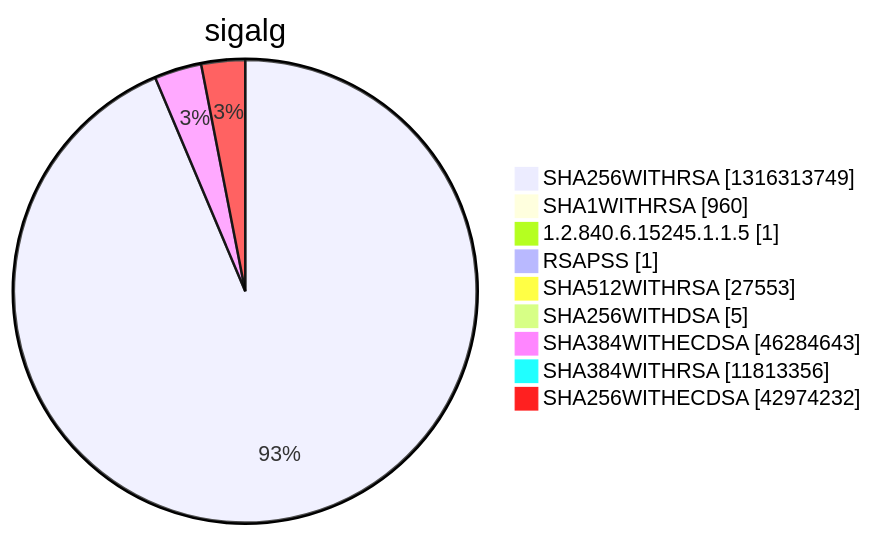
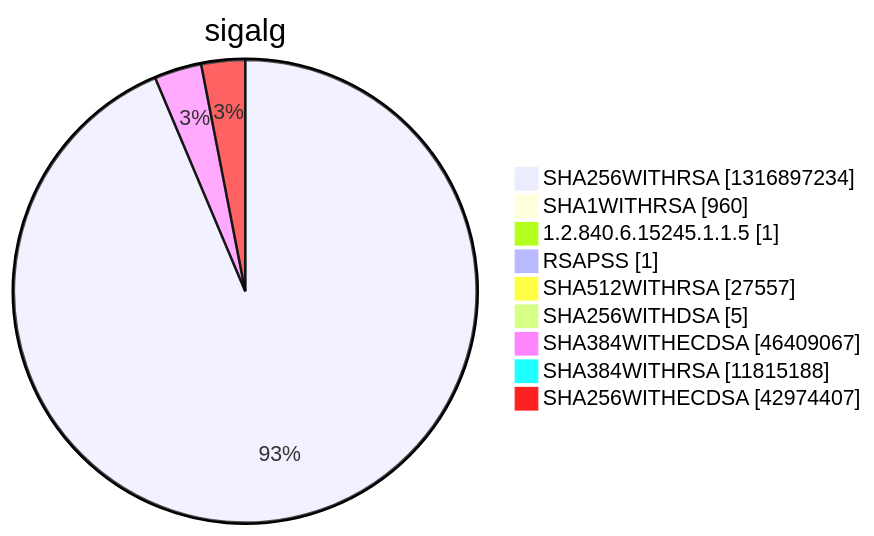
Before and after one commit to christiankrug/ctmonitor_visualization: diagram 15 of 15 in argon2022/README.md, drawn with Mermaid. The commit also changed other lines of this file, not shown here.

````diff
--- a/argon2022/README.md
+++ b/argon2022/README.md
@@ -5524,13 +5524,13 @@
 ```mermaid
 pie showData
 title sigalg
-"SHA256WITHRSA" :1316313749
+"SHA256WITHRSA" :1316897234
 "SHA1WITHRSA" :960
 "1.2.840.6.15245.1.1.5" :1
 "RSAPSS" :1
-"SHA512WITHRSA" :27553
+"SHA512WITHRSA" :27557
 "SHA256WITHDSA" :5
-"SHA384WITHECDSA" :46284643
-"SHA384WITHRSA" :11813356
-"SHA256WITHECDSA" :42974232
+"SHA384WITHECDSA" :46409067
+"SHA384WITHRSA" :11815188
+"SHA256WITHECDSA" :42974407
 ```
````
